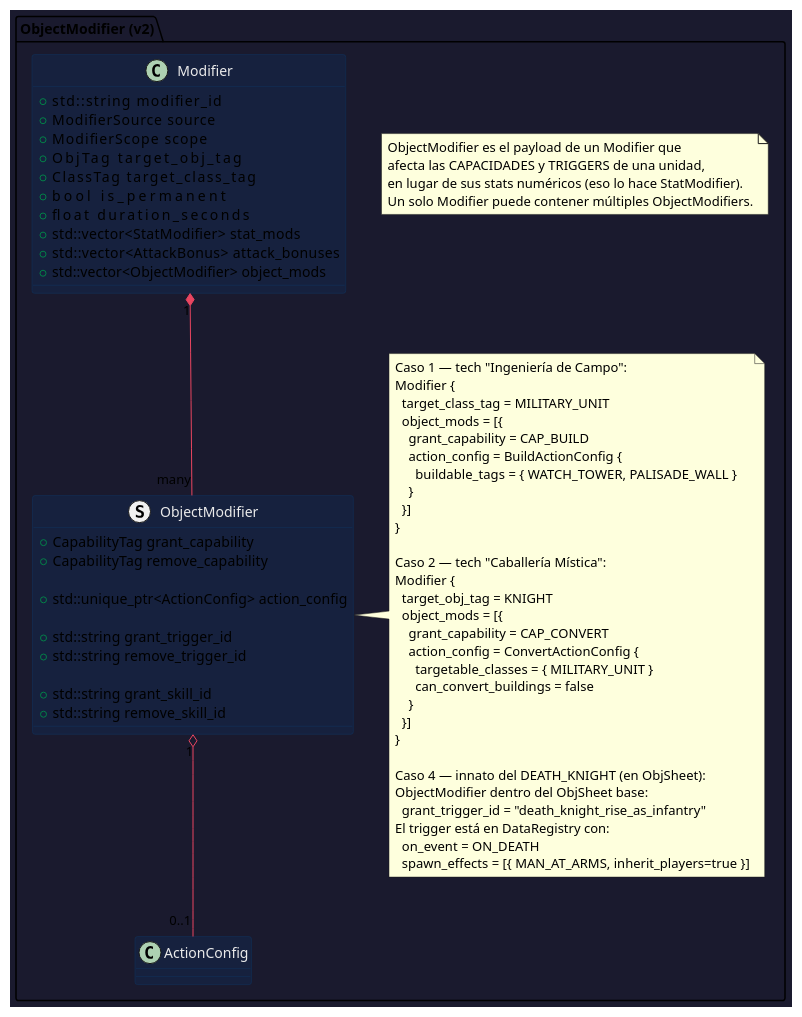
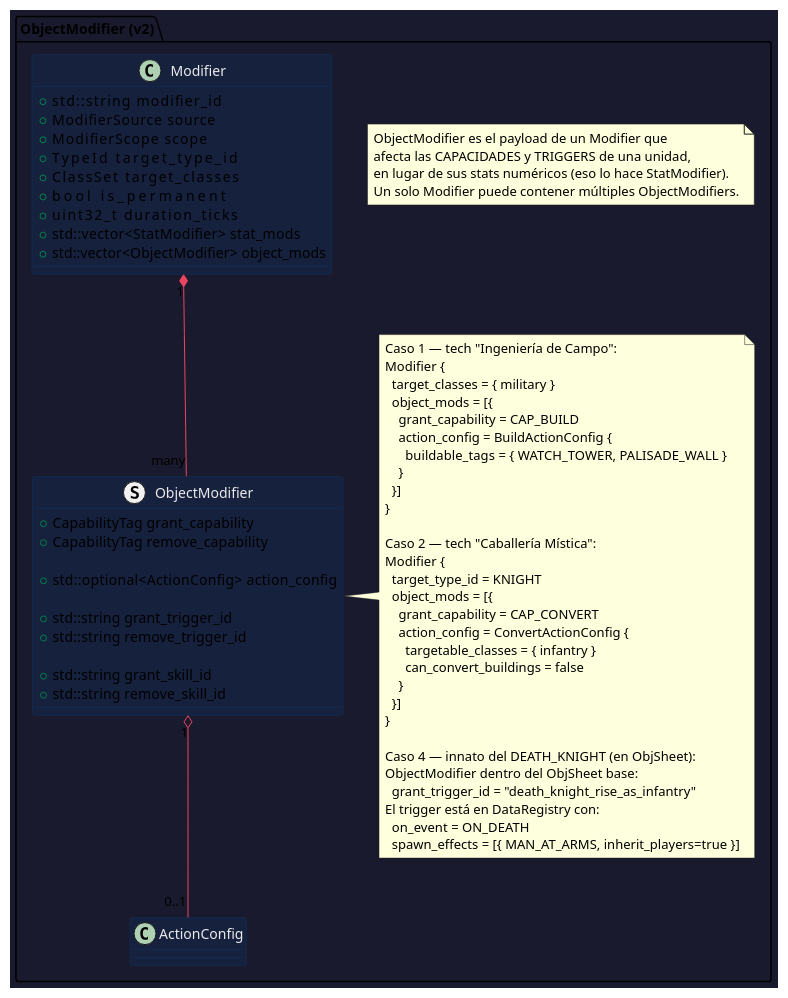
Before and after one commit to imanih-code/aoe-clone: the fifth of 9 diagrams in mutability.md, drawn with PlantUML. The commit also changed other lines of this file and 3 other files, not shown here.

First line of the commit message:
docs: revise design for a C++20/SFML 3 build and add roadmap

```diff
--- a/mutability.md
+++ b/mutability.md
@@ -559,7 +582,7 @@
     ' CAP_NONE = no quita. Cualquier otro = quita esa cap.
 
     ' ── ActionConfig asociada a la capability otorgada ────
-    + std::unique_ptr<ActionConfig>  action_config
+    + std::optional<ActionConfig>    action_config
     ' Si grant_capability != CAP_NONE y action_config != null,
     ' esta config se merge con la que ya tenga la unidad
     ' para esa capability.
@@ -581,7 +604,7 @@
   note right of ObjectModifier
     Caso 1 — tech "Ingeniería de Campo":
     Modifier {
-      target_class_tag = MILITARY_UNIT
+      target_classes = { military }
       object_mods = [{
         grant_capability = CAP_BUILD
         action_config = BuildActionConfig {
@@ -592,11 +615,11 @@
 
     Caso 2 — tech "Caballería Mística":
     Modifier {
-      target_obj_tag = KNIGHT
+      target_type_id = KNIGHT
       object_mods = [{
         grant_capability = CAP_CONVERT
         action_config = ConvertActionConfig {
-          targetable_classes = { MILITARY_UNIT }
+          targetable_classes = { infantry }
           can_convert_buildings = false
         }
       }]
@@ -615,13 +638,13 @@
     + std::string        modifier_id
     + ModifierSource     source
     + ModifierScope      scope
-    + ObjTag             target_obj_tag
-    + ClassTag           target_class_tag
+    + TypeId             target_type_id
+    + ClassSet           target_classes
     + bool               is_permanent
-    + float              duration_seconds
+    + uint32_t           duration_ticks
     ' ─── Payloads ────────────────────────────────────────
     + std::vector<StatModifier>    stat_mods
-    + std::vector<AttackBonus>     attack_bonuses
+    ' (los bonus de ataque son StatModifier con stat ATTACK + armor_class)
     + std::vector<ObjectModifier>  object_mods
     ' Un Modifier puede tener stat_mods Y object_mods a la vez.
     ' Ej: una tech puede +2 ataque Y otorgar CAP_BUILD.
```
